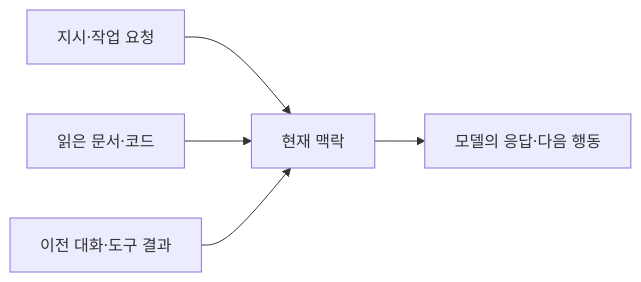
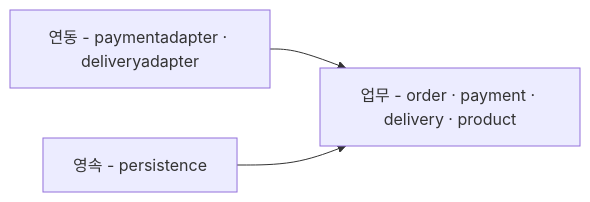
One commit to YoungSan77/TrainingMaterials changed the first of 4 diagrams in courses/ai-native/sessions/s06.md. Above: the diagram before and after it, drawn with Mermaid. The commit also changed other lines of this file and 132 other files, not shown here.

First line of the commit message:
feat(ai-native,production,guides): 아키텍처 세션을 다시 쓰고 패키지 다이어그램 규칙을 세운다

````diff
--- a/courses/ai-native/sessions/s06.md
+++ b/courses/ai-native/sessions/s06.md
@@ -50,7 +44,5 @@
 ```mermaid
 flowchart LR
-    A["지시·작업 요청"] --> C["현재 맥락"]
-    B["읽은 문서·코드"] --> C
-    D["이전 대화·도구 결과"] --> C
-    C --> E["모델의 응답·다음 행동"]
+    A["연동 - paymentadapter · deliveryadapter"] --> C["업무 - order · payment · delivery · product"]
+    B["영속 - persistence"] --> C
 ```
````
